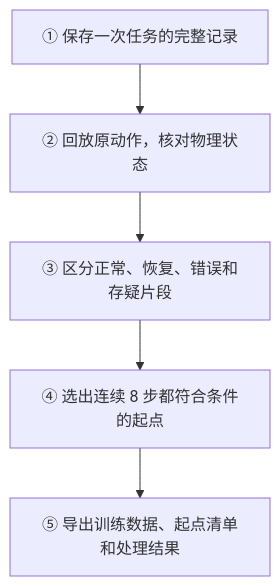
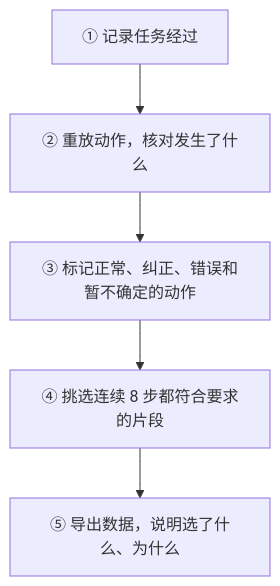
The diagram in rua/DATA_DUMP_SUMMARY.zh.md (Icyw-git/RUA), drawn with Mermaid before and after one commit. The commit also changed other lines of this file, not shown here.

````diff
--- a/rua/DATA_DUMP_SUMMARY.zh.md
+++ b/rua/DATA_DUMP_SUMMARY.zh.md
@@ -9,7 +9,7 @@
 ```mermaid
 flowchart TD
-    A[① 保存一次任务的完整记录] --> B[② 回放原动作，核对物理状态]
-    B --> C[③ 区分正常、恢复、错误和存疑片段]
-    C --> D[④ 选出连续 8 步都符合条件的起点]
-    D --> E[⑤ 导出训练数据、起点清单和处理结果]
+    A[① 记录任务经过] --> B[② 重放动作，核对发生了什么]
+    B --> C[③ 标记正常、纠正、错误和暂不确定的动作]
+    C --> D[④ 挑选连续 8 步都符合要求的片段]
+    D --> E[⑤ 导出数据，说明选了什么、为什么]
 ```
````
